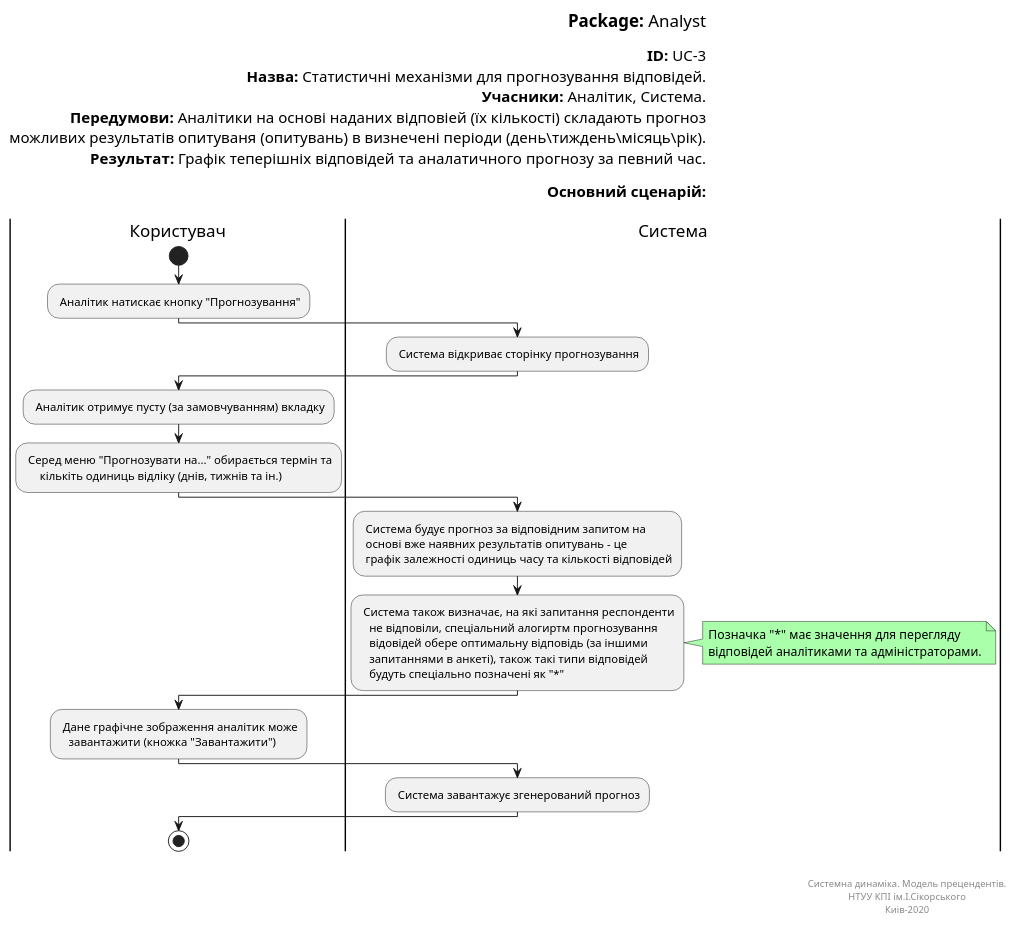
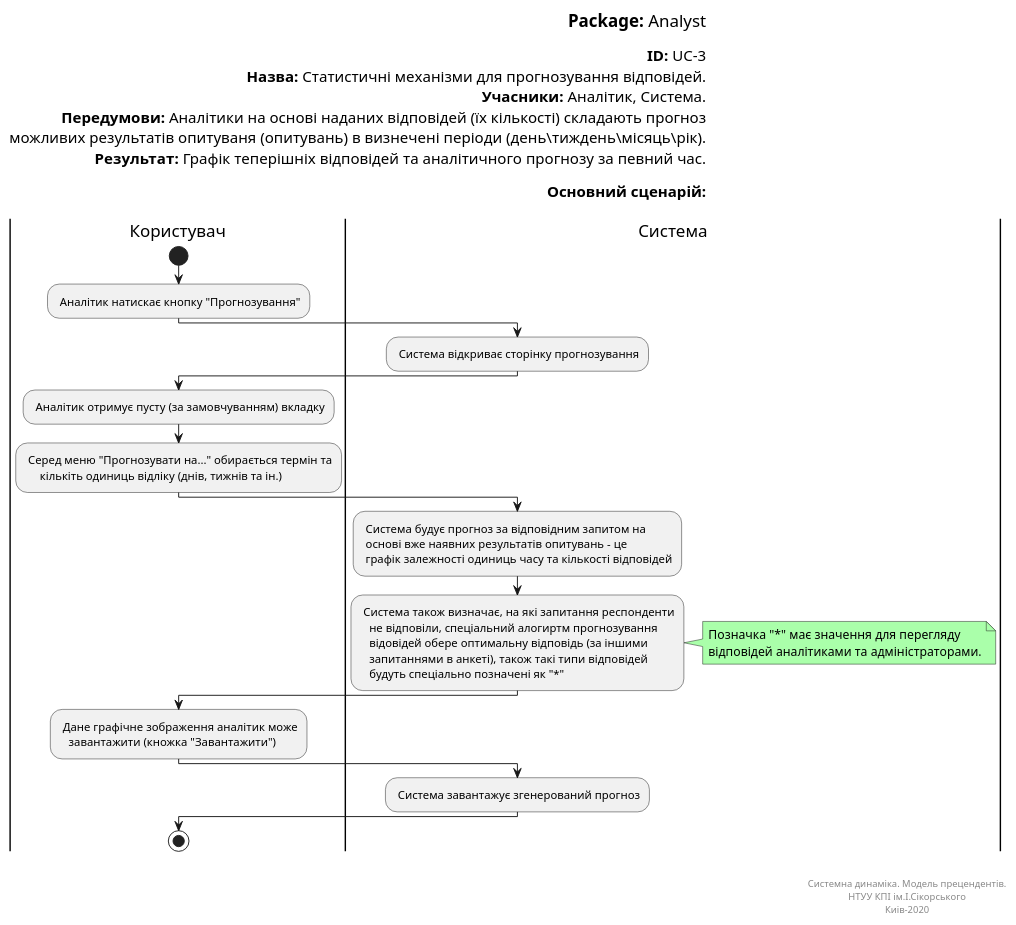
The diagram in Doc/UMLDiagrams/scenarios/analyst/Diagrams/UML/UC3.pu (ip-85/System-Dynamics), drawn with PlantUML before and after one commit. The commit also changed 7 other files, not shown here.

Commit message:
UML general

```diff
--- a/Doc/UMLDiagrams/scenarios/analyst/Diagrams/UML/UC3.pu
+++ b/Doc/UMLDiagrams/scenarios/analyst/Diagrams/UML/UC3.pu
@@ -1,65 +1,65 @@
  @startuml Prognoses Mechanisms
 left header
 <font color=000 size=18><b>Package:</b> Analyst
 
 <font color=000 size=16><b>ID:</b> UC-3
 <font color=000 size=16><b>Назва:</b> Статистичні механізми для прогнозування відповідей.
 <font color=000 size=16><b>Учасники:</b> Аналітик, Система.
-<font color=000 size=16><b>Передумови:</b> Аналітики на основі наданих відповіей (їх кількості) складають прогноз 
+<font color=000 size=16><b>Передумови:</b> Аналітики на основі наданих відповідей (їх кількості) складають прогноз 
 <font color=000 size=16> можливих результатів опитуваня (опитувань) в визнечені періоди (день\тиждень\місяць\рік).
-<font color=000 size=16><b>Результат:</b> Графік теперішніх відповідей та аналатичного прогнозу за певний час.
+<font color=000 size=16><b>Результат:</b> Графік теперішніх відповідей та аналітичного прогнозу за певний час.
 
 <font color=000 size=16><b>Основний сценарій:</b>
 
 end header
 
 |Користувач|
 start
 : Аналітик натискає кнопку "Прогнозування";
 
 |Система|
 : Система відкриває сторінку прогнозування;
 
 |Користувач|
 : Аналітик отримує пусту (за замовчуванням) вкладку;
 
 : Серед меню "Прогнозувати на..." обирається термін та
       кількіть одиниць відліку (днів, тижнів та ін.);
 
 |Система|
 : Система будує прогноз за відповідним запитом на
   основі вже наявних результатів опитувань - це
   графік залежності одиниць часу та кількості відповідей;
 
 |Система|
 : Система також визначає, на які запитання респонденти
     не відповіли, спеціальний алогиртм прогнозування
     відовідей обере оптимальну відповідь (за іншими 
     запитаннями в анкеті), також такі типи відповідей
     будуть спеціально позначені як "*";
 
 note right #aaffaa
   Позначка "*" має значення для перегляду 
   відповідей аналітиками та адміністраторами.
 end note
 
 
 |Користувач|
 : Дане графічне зображення аналітик може
     завантажити (кножка "Завантажити");
 
 |Система|
 : Система завантажує згенерований прогноз;
 
 |Користувач|
 stop;
 
 right footer
 
 
 Системна динаміка. Модель прецендентів.
 НТУУ КПІ ім.І.Сікорського
 Киів-2020
 end footer
 
 @enduml
```
